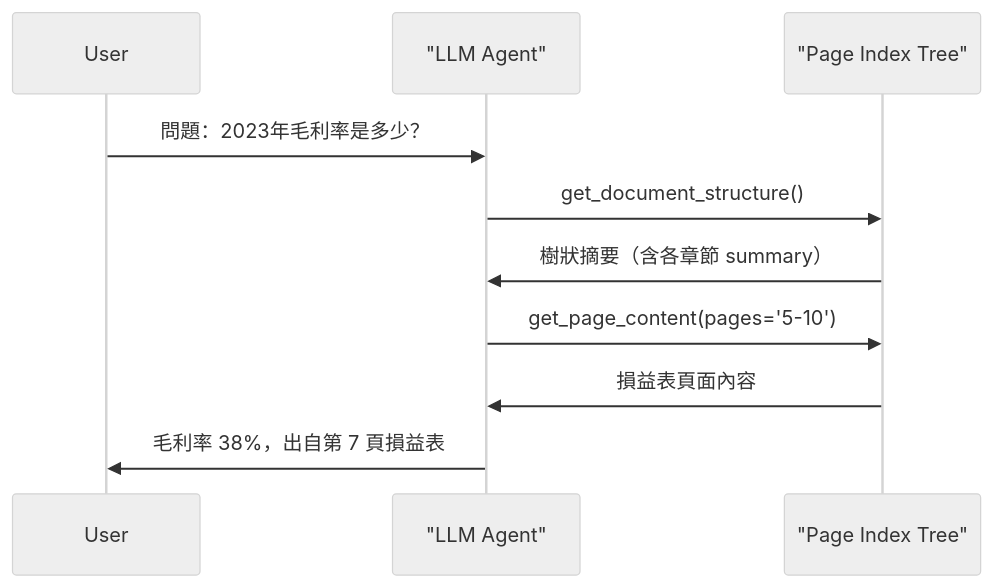
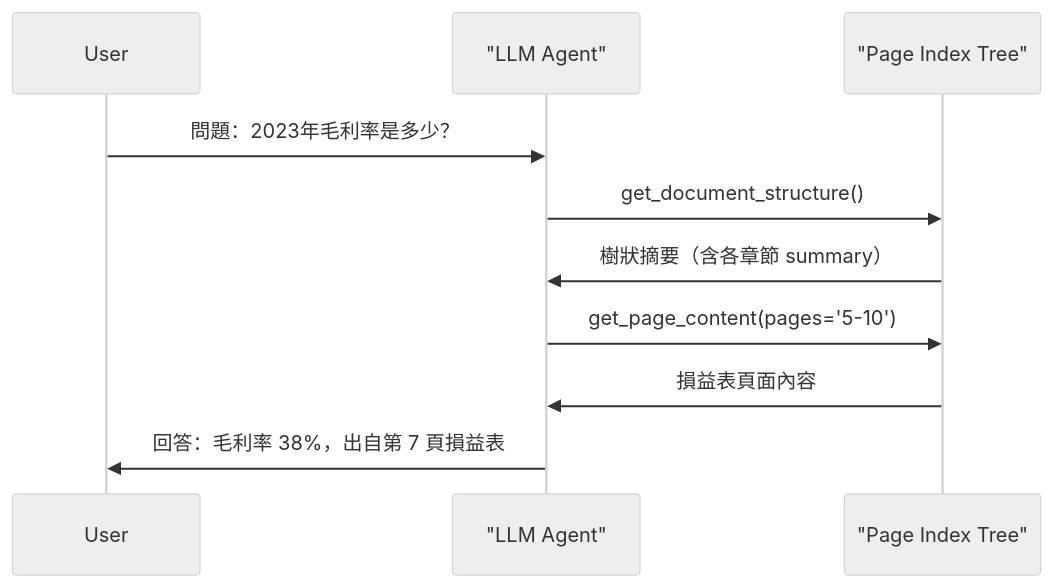
The first of 3 diagrams in src/content/posts/tech/2026-05-12-pageindex-vs-vector-rag.md (a920604a/engineernews), drawn with Mermaid (neutral theme) before and after one commit. The commit also changed 6 other files, not shown here.

Commit message:
fix: auto-fix mermaid syntax errors in posts

````diff
--- a/src/content/posts/tech/2026-05-12-pageindex-vs-vector-rag.md
+++ b/src/content/posts/tech/2026-05-12-pageindex-vs-vector-rag.md
@@ -60,13 +60,13 @@
 ```mermaid
 sequenceDiagram
   participant User
   participant Agent as "LLM Agent"
   participant Index as "Page Index Tree"
 
   User->>Agent: 問題：2023年毛利率是多少？
   Agent->>Index: get_document_structure()
   Index->>Agent: 樹狀摘要（含各章節 summary）
   Agent->>Index: get_page_content(pages='5-10')
   Index->>Agent: 損益表頁面內容
-  Agent->>User: 毛利率 38%，出自第 7 頁損益表
+  Agent->>User: 回答：毛利率 38%，出自第 7 頁損益表
 ```
````
